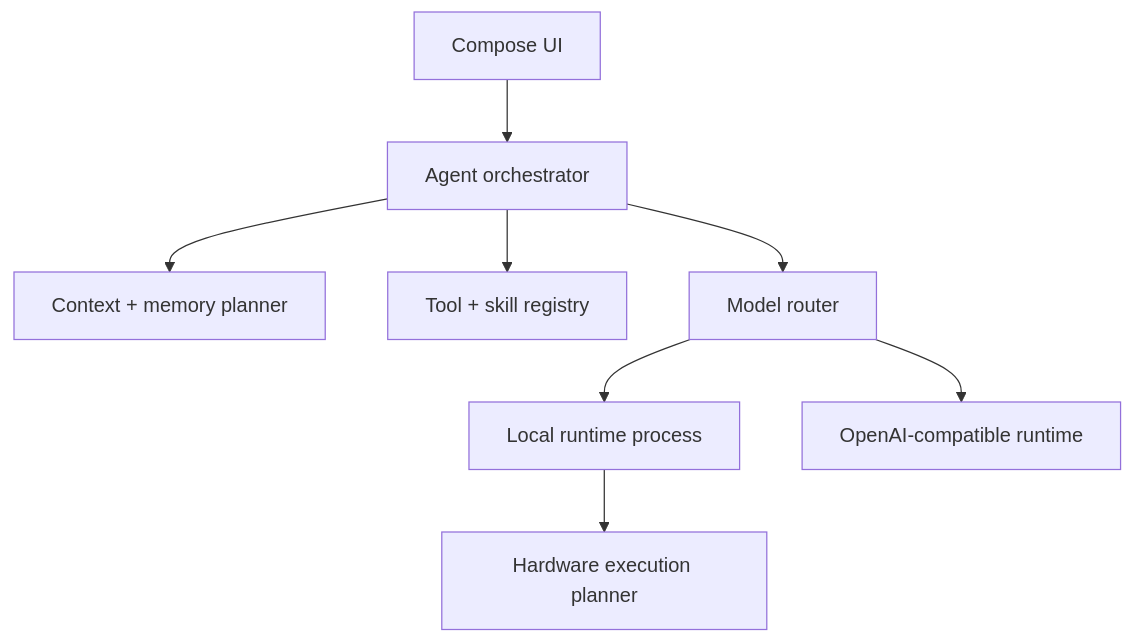
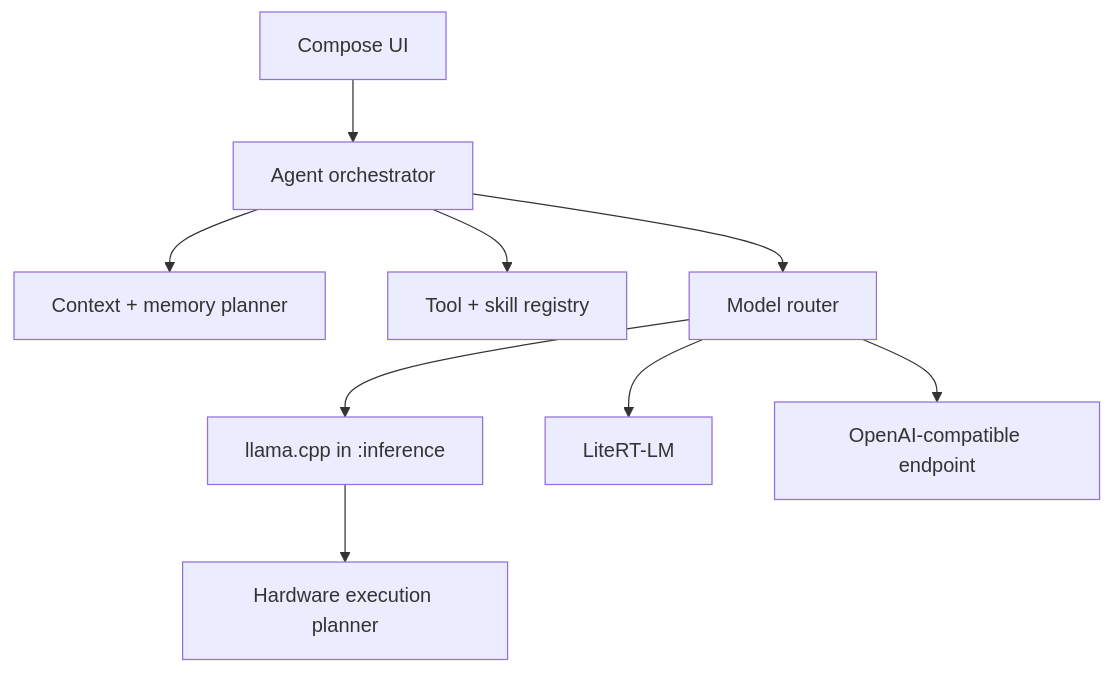
One commit to KuRue/bram changed the diagram in ARCHITECTURE.md. Above: the diagram before and after it, drawn with Mermaid. The commit also changed other lines of this file and 14 other files, not shown here.

````diff
--- a/ARCHITECTURE.md
+++ b/ARCHITECTURE.md
@@ -24,10 +35,11 @@
 ```mermaid
 flowchart TD
     UI["Compose UI"] --> ORCH["Agent orchestrator"]
     ORCH --> CTX["Context + memory planner"]
     ORCH --> TOOLS["Tool + skill registry"]
     ORCH --> ROUTER["Model router"]
-    ROUTER --> LOCAL["Local runtime process"]
-    ROUTER --> REMOTE["OpenAI-compatible runtime"]
+    ROUTER --> LOCAL["llama.cpp in :inference"]
+    ROUTER --> LITERT["LiteRT-LM"]
+    ROUTER --> REMOTE["OpenAI-compatible endpoint"]
     LOCAL --> PLAN["Hardware execution planner"]
 ```
````
